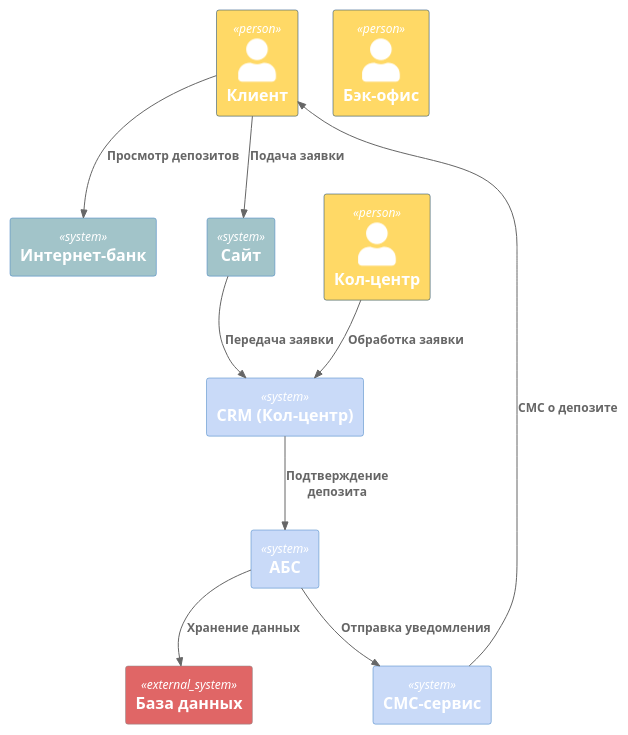
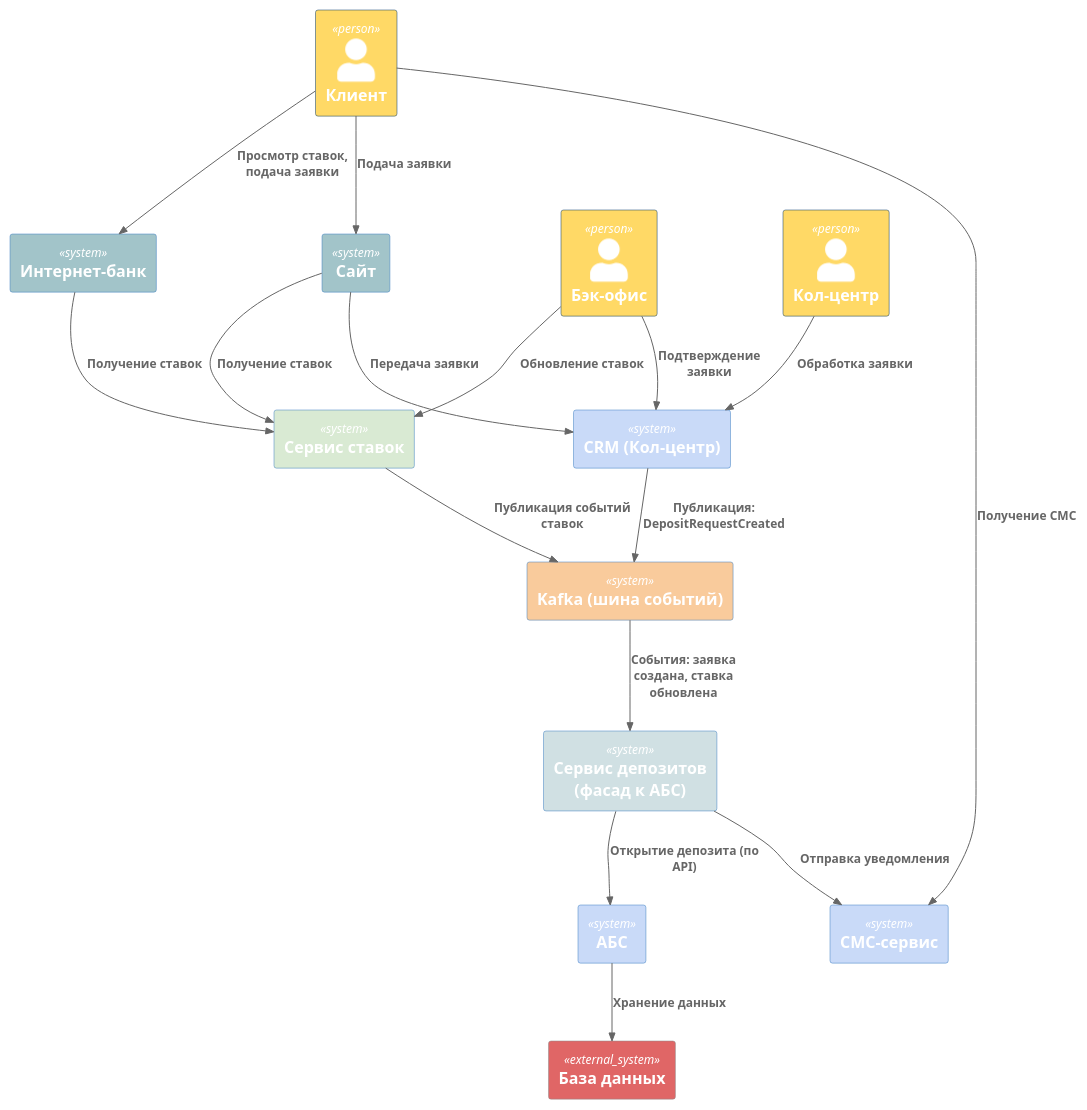
One commit to RenatSeitov/architecture-standart changed the diagram in Task3/diagram.puml. Above: the diagram before and after it, drawn with PlantUML.

```diff
--- a/Task3/diagram.puml
+++ b/Task3/diagram.puml
@@ -1,27 +1,41 @@
 @startuml
-
 !include <C4/C4_Container>
-
-
 LAYOUT_TOP_DOWN()
 
+' Участники
 Person(Client, "Клиент") #FFD966
 Person(CallCenter, "Кол-центр") #FFD966
 Person(BackOffice, "Бэк-офис") #FFD966
+
+' Системы
 System(ABS, "АБС") #C9DAF8
-
 System(InternetBank, "Интернет-банк") #A2C4C9
 System(Website, "Сайт") #A2C4C9
 System(CRM, "CRM (Кол-центр)") #C9DAF8
+System(SMSService, "СМС-сервис") #C9DAF8
+System(Kafka, "Kafka (шина событий)") #F9CB9C
+System(RateService, "Сервис ставок") #D9EAD3
+System(DepositService, "Сервис депозитов (фасад к АБС)") #D0E0E3
 System_Ext(Database, "База данных") #E06666
-System(SMSService, "СМС-сервис") #C9DAF8
 
-Rel(Client, InternetBank, "Просмотр депозитов")
+' Взаимодействия
+Rel(Client, InternetBank, "Просмотр ставок, подача заявки")
 Rel(Client, Website, "Подача заявки")
+Rel(InternetBank, RateService, "Получение ставок")
+Rel(Website, RateService, "Получение ставок")
+Rel(RateService, Kafka, "Публикация событий ставок")
+
+Rel(Client, SMSService, "Получение СМС")
+
 Rel(Website, CRM, "Передача заявки")
 Rel(CallCenter, CRM, "Обработка заявки")
-Rel(CRM, ABS, "Подтверждение депозита")
+Rel(CRM, Kafka, "Публикация: DepositRequestCreated")
+
+Rel(BackOffice, CRM, "Подтверждение заявки")
+Rel(BackOffice, RateService, "Обновление ставок")
+
+Rel(Kafka, DepositService, "События: заявка создана, ставка обновлена")
+Rel(DepositService, ABS, "Открытие депозита (по API)")
+Rel(DepositService, SMSService, "Отправка уведомления")
 Rel(ABS, Database, "Хранение данных")
-Rel(ABS, SMSService, "Отправка уведомления")
-Rel(SMSService, Client, "СМС о депозите")
 @enduml
```
